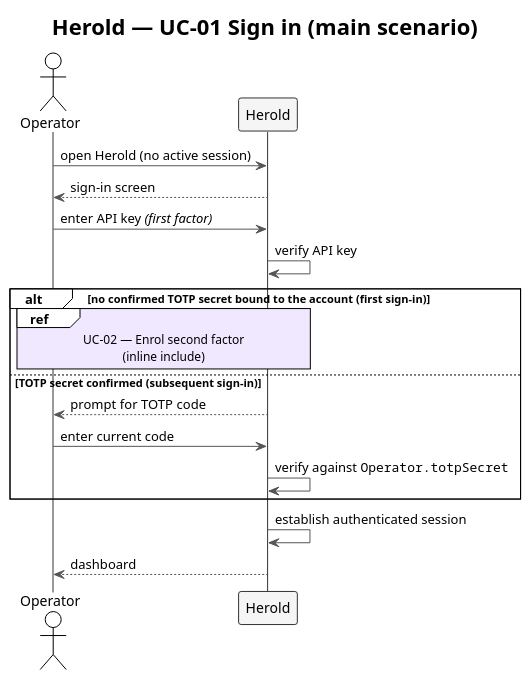
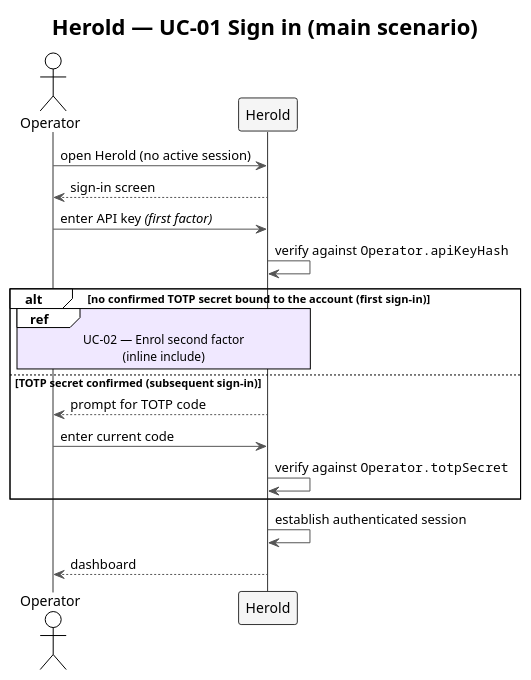
Before and after one commit to carstenlucke/herold: the diagram in docs/spec/diagrams/f2-uc01-sign-in.plantuml, drawn with PlantUML. The commit also changed 9 other files, not shown here.

```diff
--- a/docs/spec/diagrams/f2-uc01-sign-in.plantuml
+++ b/docs/spec/diagrams/f2-uc01-sign-in.plantuml
@@ -1,33 +1,33 @@
 @startuml f2-uc01-sign-in
 !theme plain
 skinparam shadowing false
 skinparam ArrowColor #555555
 skinparam SequenceLifeLineBorderColor #333333
 skinparam SequenceParticipantBorderColor #333333
 skinparam SequenceParticipantBackgroundColor #F5F5F5
 skinparam SequenceReferenceBackgroundColor #F0E8FF
 skinparam SequenceGroupBodyBackgroundColor transparent
 
 title Herold — UC-01 Sign in (main scenario)
 
 actor    "Operator" as OP
 participant "Herold"  as SYS
 
 OP  ->  SYS : open Herold (no active session)
 SYS --> OP  : sign-in screen
 
 OP  ->  SYS : enter API key //(first factor)//
-SYS ->  SYS : verify API key
+SYS ->  SYS : verify against ""Operator.apiKeyHash""
 
 alt no confirmed TOTP secret bound to the account (first sign-in)
   ref over OP, SYS : UC-02 — Enrol second factor\n(inline include)
 else TOTP secret confirmed (subsequent sign-in)
   SYS --> OP  : prompt for TOTP code
   OP  ->  SYS : enter current code
   SYS ->  SYS : verify against ""Operator.totpSecret""
 end
 
 SYS ->  SYS : establish authenticated session
 SYS --> OP  : dashboard
 
 @enduml
```
